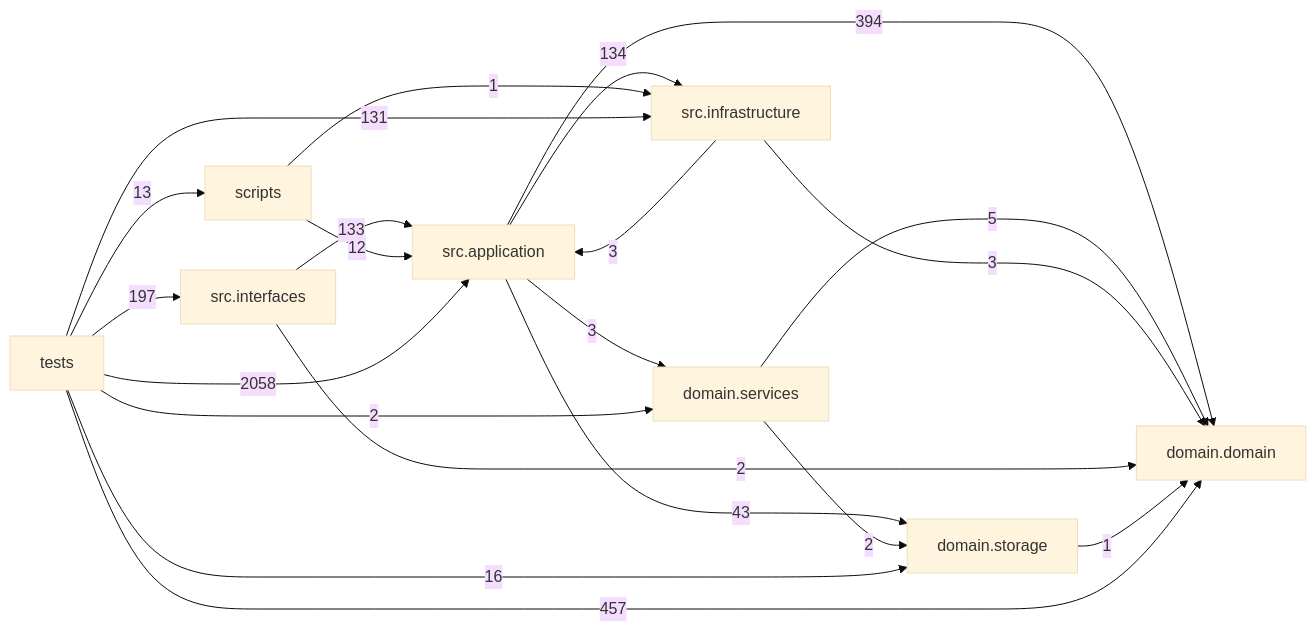
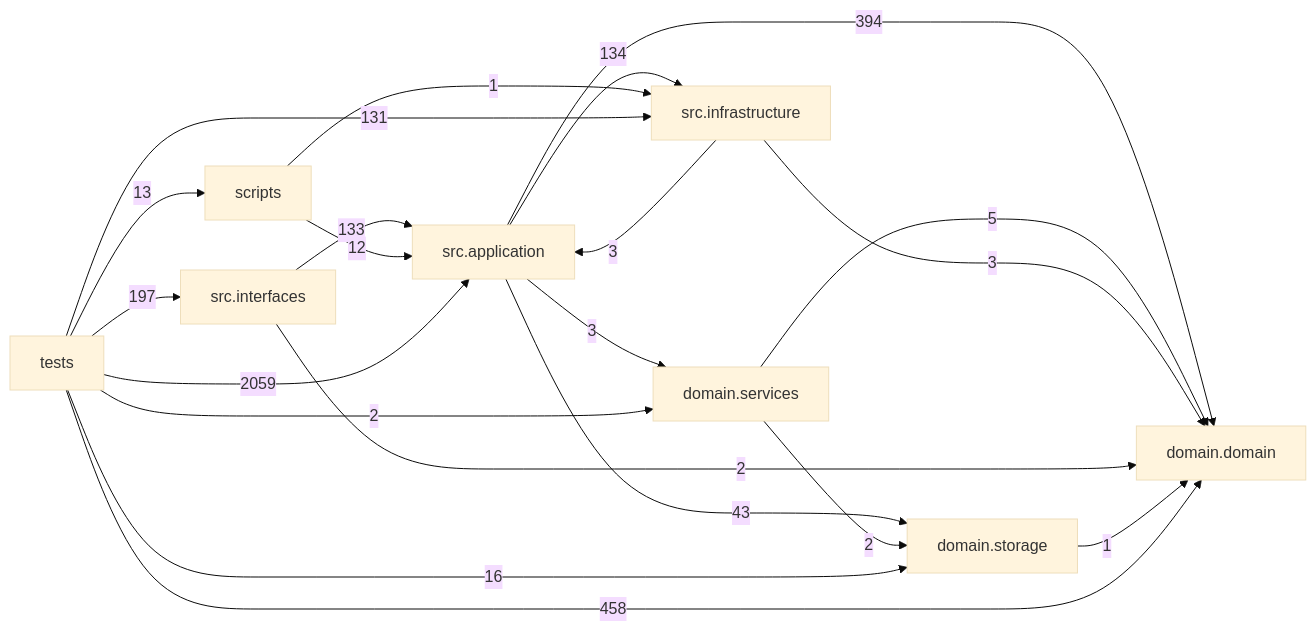
One commit to liuxie066/options-monitor changed the diagram in docs/DEPENDENCY_GRAPH.md. Above: the diagram before and after it, drawn with Mermaid (base theme). The commit also changed other lines of this file and 2 other files, not shown here.

````diff
--- a/docs/DEPENDENCY_GRAPH.md
+++ b/docs/DEPENDENCY_GRAPH.md
@@ -24,31 +24,31 @@
 ```mermaid
 flowchart LR
   tests["tests"]
   scripts["scripts"]
   interfaces["src.interfaces"]
   application["src.application"]
   infrastructure["src.infrastructure"]
   domain_services["domain.services"]
   domain["domain.domain"]
   storage["domain.storage"]
   application -->|394| domain
   application -->|3| domain_services
   application -->|134| infrastructure
   application -->|43| storage
   domain_services -->|5| domain
   domain_services -->|2| storage
   infrastructure -->|3| application
   infrastructure -->|3| domain
   interfaces -->|133| application
   interfaces -->|2| domain
   scripts -->|12| application
   scripts -->|1| infrastructure
   storage -->|1| domain
-  tests -->|2058| application
-  tests -->|457| domain
+  tests -->|2059| application
+  tests -->|458| domain
   tests -->|2| domain_services
   tests -->|131| infrastructure
   tests -->|197| interfaces
   tests -->|13| scripts
   tests -->|16| storage
 ```
````
